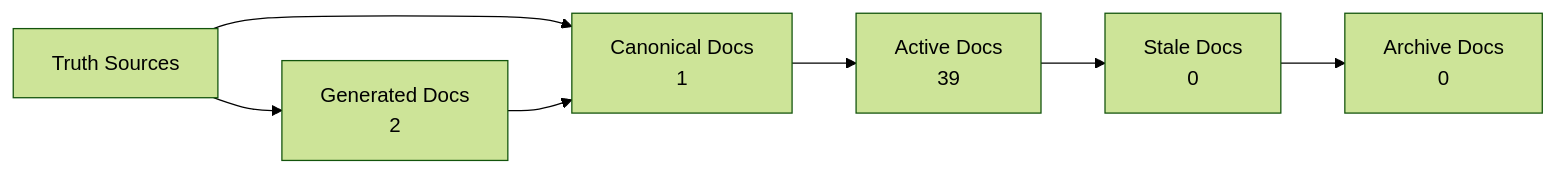
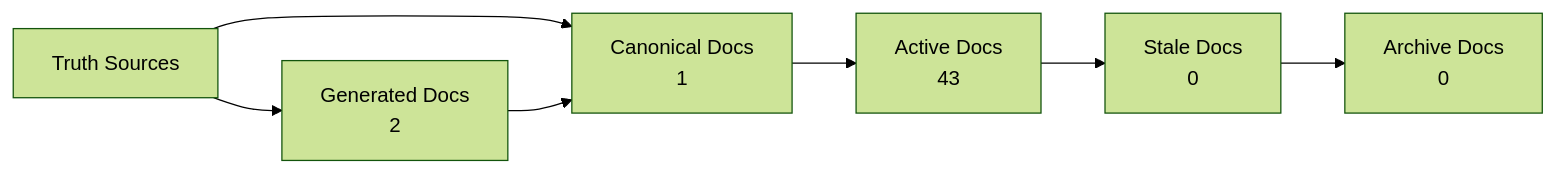
One commit to Latimer-Woods-Tech/focusbro changed the diagram in docs/_generated/docs-trust-map.md. Above: the diagram before and after it, drawn with Mermaid (forest theme). The commit also changed other lines of this file and 8 other files, not shown here.

````diff
--- a/docs/_generated/docs-trust-map.md
+++ b/docs/_generated/docs-trust-map.md
@@ -20,14 +20,14 @@
 ```mermaid
 flowchart LR
   truth["Truth Sources"] --> canonical["Canonical Docs"]
   canonical --> active["Active Docs"]
   active --> stale["Stale Docs"]
   stale --> archive["Archive Docs"]
   canonical["Canonical Docs\n1"]
-  active["Active Docs\n39"]
+  active["Active Docs\n43"]
   stale["Stale Docs\n0"]
   archive["Archive Docs\n0"]
   generated["Generated Docs\n2"]
   truth --> generated
   generated --> canonical
 ```
````
